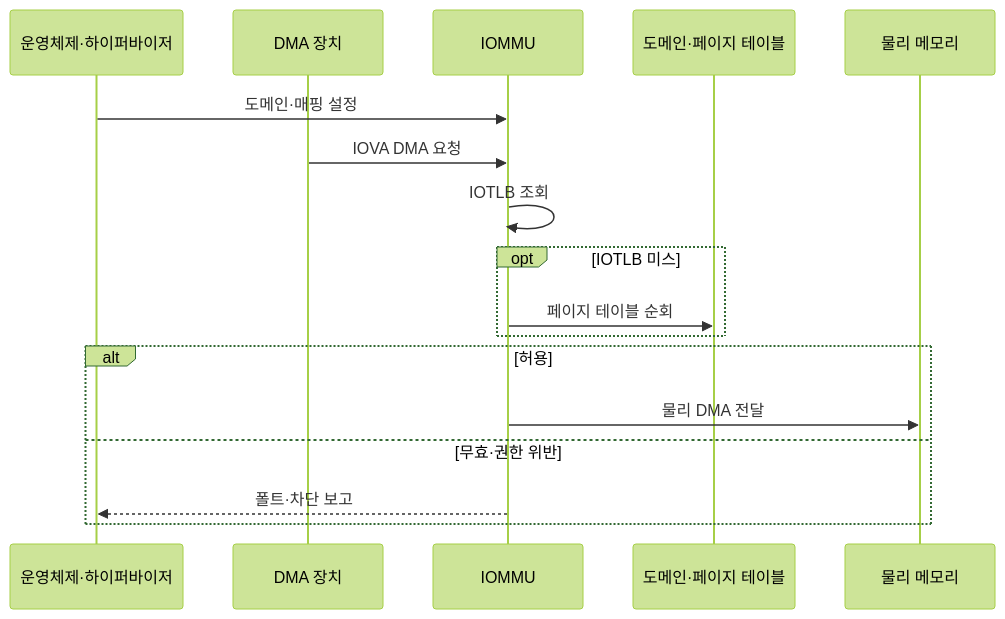
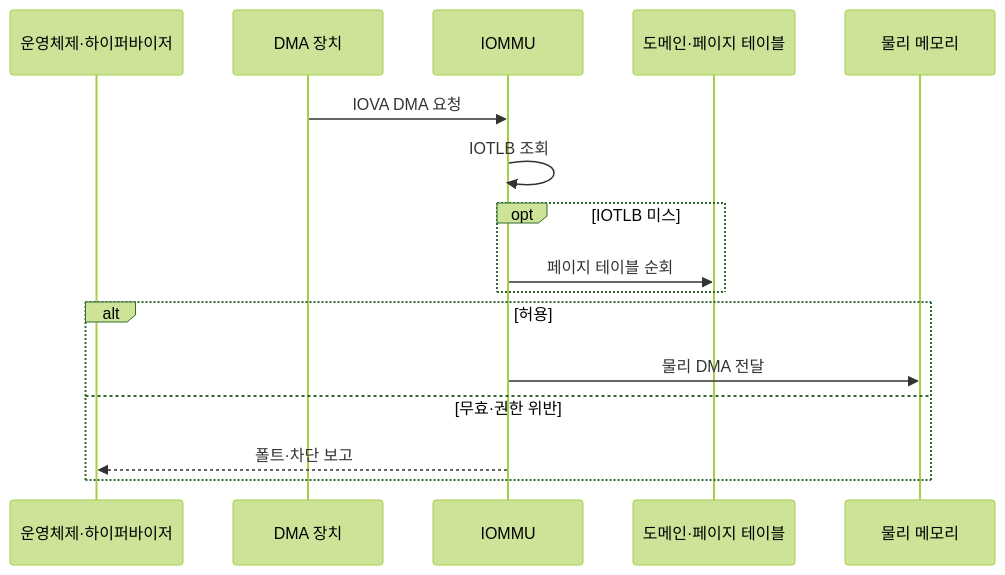
One commit to agnusdei1207/knowledge-base changed the third of 3 diagrams in src/content/docs/notes/02-hardware/086_iommu.md. Above: the diagram before and after it, drawn with Mermaid (forest theme). The commit also changed other lines of this file and 17 other files, not shown here.

````diff
--- a/src/content/docs/notes/02-hardware/086_iommu.md
+++ b/src/content/docs/notes/02-hardware/086_iommu.md
@@ -96,19 +96,18 @@
 ```mermaid
 sequenceDiagram
     participant O as 운영체제·하이퍼바이저
     participant D as DMA 장치
     participant I as IOMMU
     participant T as 도메인·페이지 테이블
     participant M as 물리 메모리
-    O->>I: 도메인·매핑 설정
     D->>I: IOVA DMA 요청
     I->>I: IOTLB 조회
     opt IOTLB 미스
         I->>T: 페이지 테이블 순회
     end
     alt 허용
         I->>M: 물리 DMA 전달
     else 무효·권한 위반
         I-->>O: 폴트·차단 보고
     end
 ```
````
